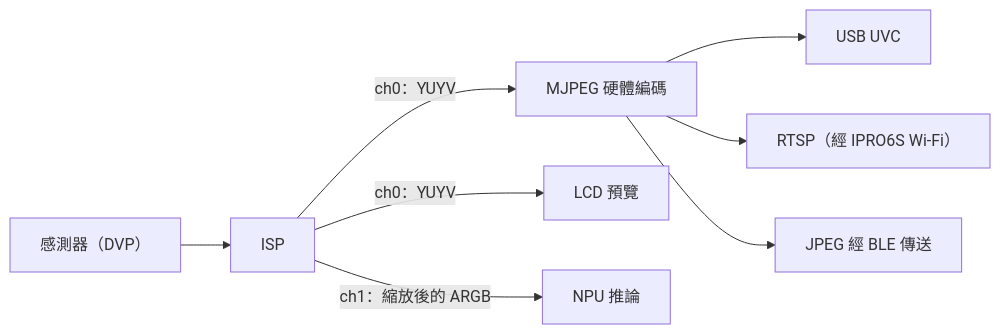
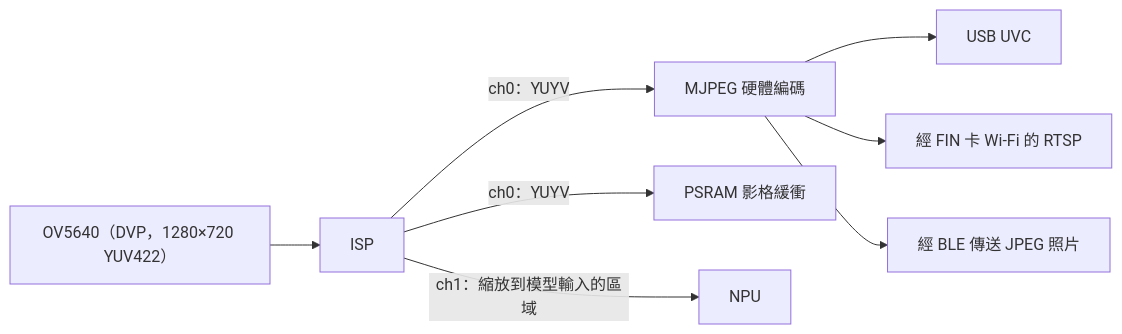
Before and after one commit to INTELPRO-INC/ipro-sdk-docs: the diagram in docs/zh/guides/camera.md, drawn with Mermaid. The commit also changed other lines of this file and 182 other files, not shown here.

````diff
--- a/docs/zh/guides/camera.md
+++ b/docs/zh/guides/camera.md
@@ -20,10 +20,10 @@
 ```mermaid
 flowchart LR
-  S["感測器（DVP）"] --> ISP["ISP"]
+  S["OV5640（DVP，1280×720 YUV422）"] --> ISP["ISP"]
   ISP -->|"ch0：YUYV"| J["MJPEG 硬體編碼"]
-  ISP -->|"ch0：YUYV"| L["LCD 預覽"]
-  ISP -->|"ch1：縮放後的 ARGB"| N["NPU 推論"]
+  ISP -->|"ch0：YUYV"| P["PSRAM 影格緩衝"]
+  ISP -->|"ch1：縮放到模型輸入的區域"| N["NPU"]
   J --> U["USB UVC"]
-  J --> R["RTSP（經 IPRO6S Wi-Fi）"]
-  J --> B["JPEG 經 BLE 傳送"]
+  J --> R["經 FIN 卡 Wi-Fi 的 RTSP"]
+  J --> B["經 BLE 傳送 JPEG 照片"]
 ```
````
